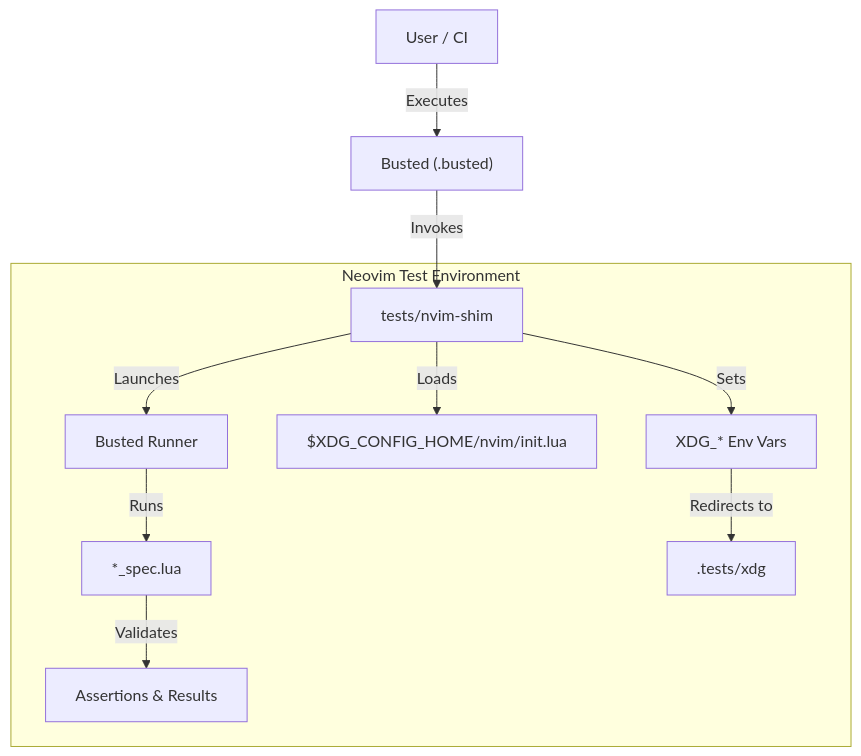
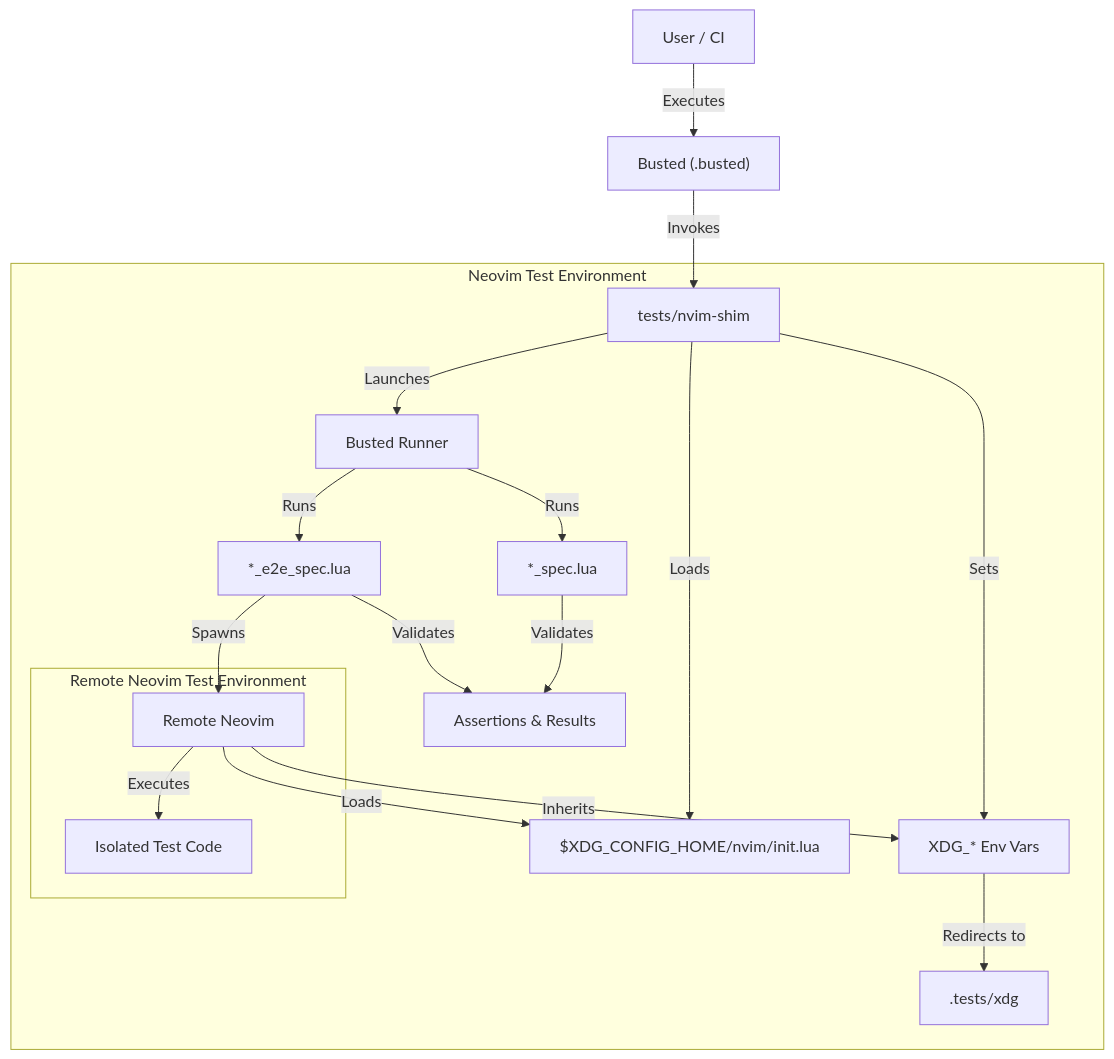
The first of 2 diagrams in DEV.md (gregorias/nvim-surround-wk), drawn with Mermaid before and after one commit. The commit also changed other lines of this file and 6 other files, not shown here.

````diff
--- a/DEV.md
+++ b/DEV.md
@@ -60,15 +60,26 @@
 ```mermaid
 graph TD
     User["User / CI"] -- "Executes" --> Busted["Busted (.busted)"]
     Busted -- "Invokes" --> NvimShim["tests/nvim-shim"]
 
     subgraph Isolation["Neovim Test Environment"]
         NvimShim -- "Sets" --> XDG["XDG_* Env Vars"]
         NvimShim -- "Loads" --> InitLua["$XDG_CONFIG_HOME/nvim/init.lua"]
         NvimShim -- "Launches" --> BustedProcess["Busted Runner"]
+        BustedProcess -- "Runs" --> E2eSpecFiles["*_e2e_spec.lua"]
+        E2eSpecFiles -- "Spawns" --> RemoteNvim["Remote Neovim"]
+
         BustedProcess -- "Runs" --> SpecFiles["*_spec.lua"]
         XDG -- "Redirects to" --> TestXDG[".tests/xdg"]
+        RemoteNvim -- "Inherits" --> XDG
+
+        subgraph Remote["Remote Neovim Test Environment"]
+            RemoteNvim -- "Executes" --> IsolatedCode["Isolated Test Code"]
+        end
+
+        RemoteNvim -- "Loads" --> InitLua["$XDG_CONFIG_HOME/nvim/init.lua"]
 
         SpecFiles -- "Validates" --> Assertions["Assertions & Results"]
+        E2eSpecFiles -- "Validates" --> Assertions["Assertions & Results"]
     end
 ```
````
